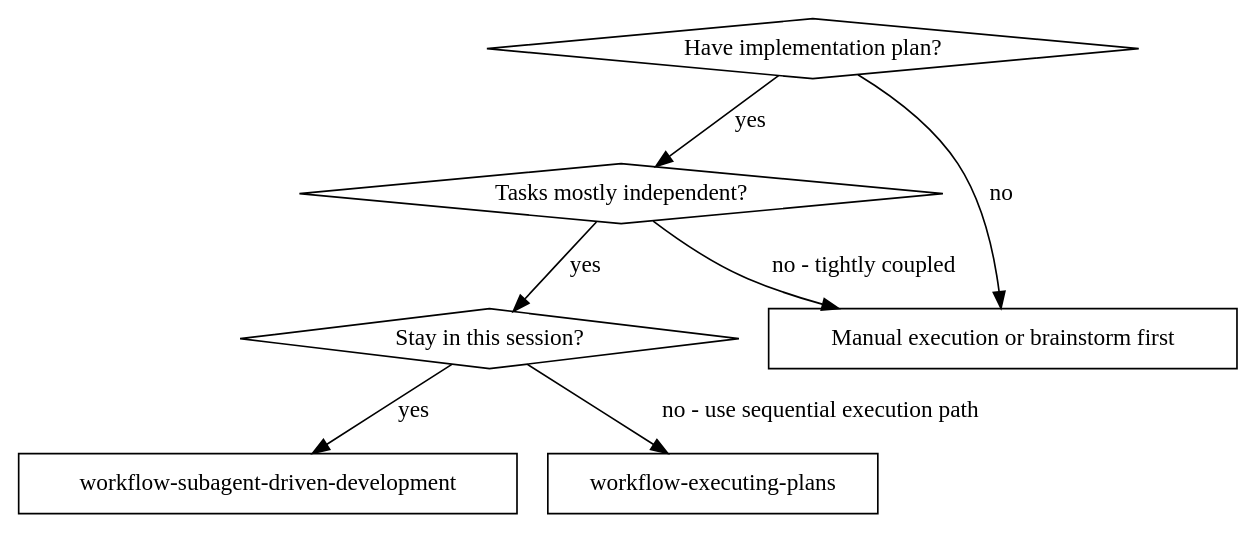
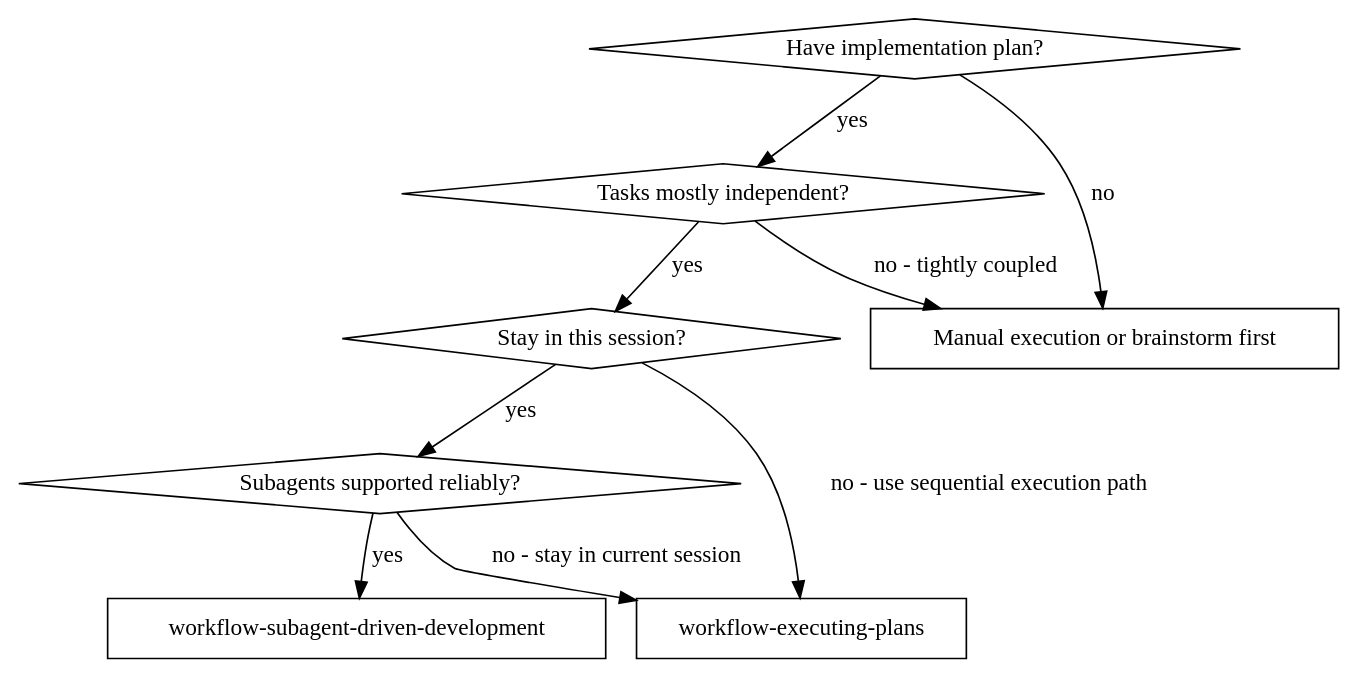
Before and after one commit to BryanHoo/workflow: the first of 2 diagrams in skills/workflow-subagent-driven-development/SKILL.md, drawn with Graphviz. The commit also changed other lines of this file and 8 other files, not shown here.

````diff
--- a/skills/workflow-subagent-driven-development/SKILL.md
+++ b/skills/workflow-subagent-driven-development/SKILL.md
@@ -18,17 +20,20 @@
 ```dot
 digraph when_to_use {
     "Have implementation plan?" [shape=diamond];
     "Tasks mostly independent?" [shape=diamond];
     "Stay in this session?" [shape=diamond];
+    "Subagents supported reliably?" [shape=diamond];
     "workflow-subagent-driven-development" [shape=box];
     "workflow-executing-plans" [shape=box];
     "Manual execution or brainstorm first" [shape=box];
 
     "Have implementation plan?" -> "Tasks mostly independent?" [label="yes"];
     "Have implementation plan?" -> "Manual execution or brainstorm first" [label="no"];
     "Tasks mostly independent?" -> "Stay in this session?" [label="yes"];
     "Tasks mostly independent?" -> "Manual execution or brainstorm first" [label="no - tightly coupled"];
-    "Stay in this session?" -> "workflow-subagent-driven-development" [label="yes"];
+    "Stay in this session?" -> "Subagents supported reliably?" [label="yes"];
     "Stay in this session?" -> "workflow-executing-plans" [label="no - use sequential execution path"];
+    "Subagents supported reliably?" -> "workflow-subagent-driven-development" [label="yes"];
+    "Subagents supported reliably?" -> "workflow-executing-plans" [label="no - stay in current session"];
 }
 ```
````
